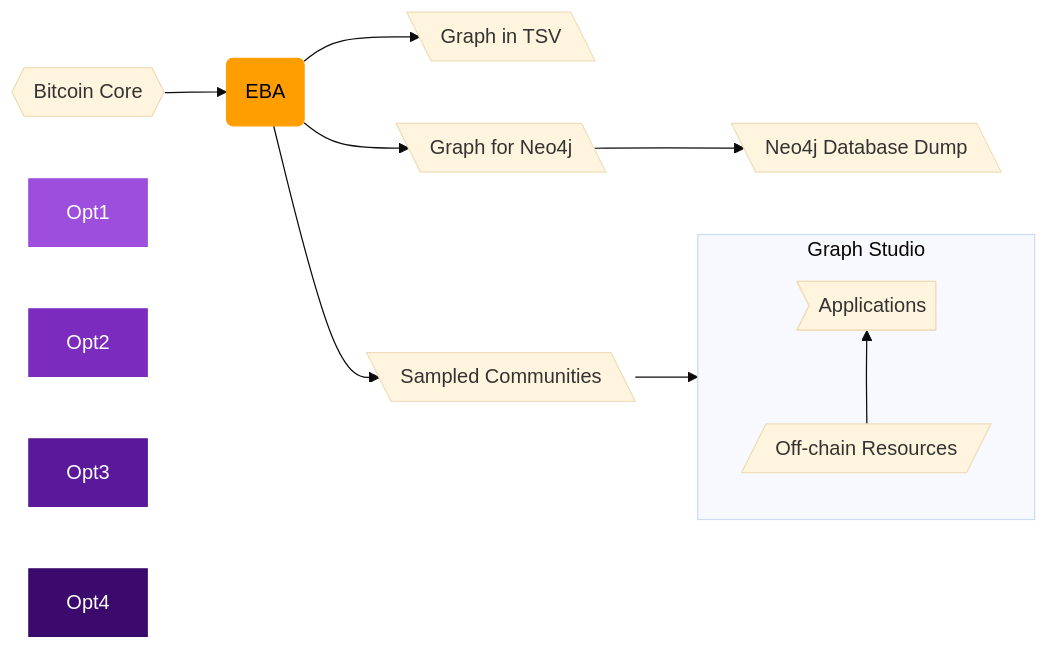
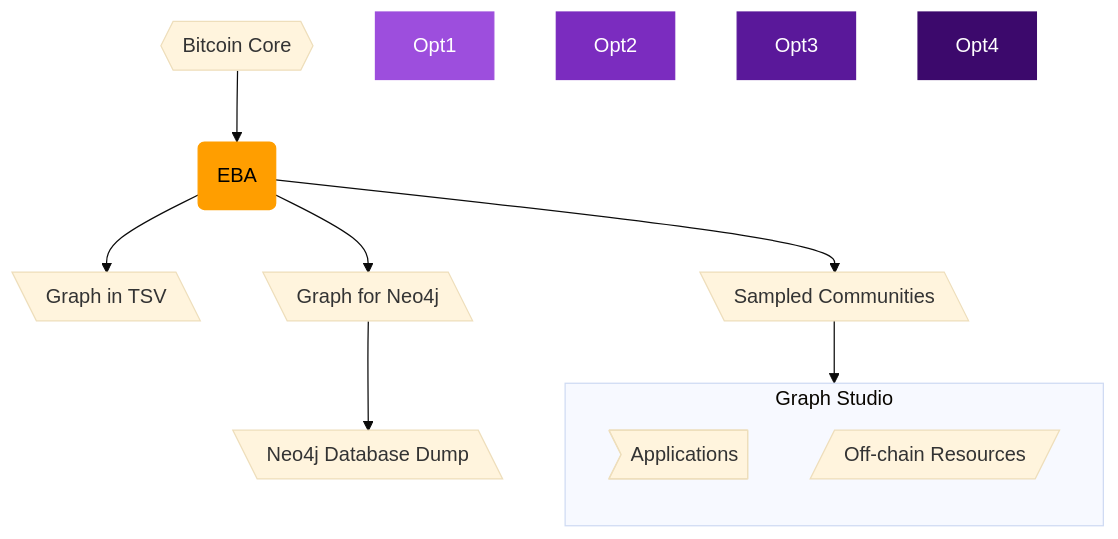
One commit to VJalili/MSPC changed the second of 2 diagrams in README.md. Above: the diagram before and after it, drawn with Mermaid (base theme).

````diff
--- a/README.md
+++ b/README.md
@@ -32,30 +32,30 @@
 ```mermaid
-graph LR
+graph TB
     bitcoinCore{{Bitcoin Core}} --> eba(EBA);
     eba --> tsv[\Graph in TSV\];
     eba --> neo4j[\Graph for Neo4j\];
     neo4j --> neo4jDump[\Neo4j Database Dump\];
 
     subgraph gStudio[Graph Studio]
-        direction BT
+        direction TB
         apps>Applications];
 
         offchain[/Off-chain Resources/];
 
-        offchain --> apps;
+        %%offchain --> apps;
     end
 
     eba --> coms[\Sampled Communities\];
     coms --> apps;    
     
 
     %% --- Link Definitions ---
     click eba "#opt1" "Go to Pre-built Model Section"
 
     %% --- Styling ---
     style eba fill:#ff9e00,stroke:#ff9e00,color:#000
     style Opt1 fill:#9d4edd,stroke:#9d4edd,color:#fff
     style Opt2 fill:#7b2cbf,stroke:#7b2cbf,color:#fff
     style Opt3 fill:#5a189a,stroke:#5a189a,color:#fff
     style Opt4 fill:#3c096c,stroke:#3c096c,color:#fff
 ```
````
